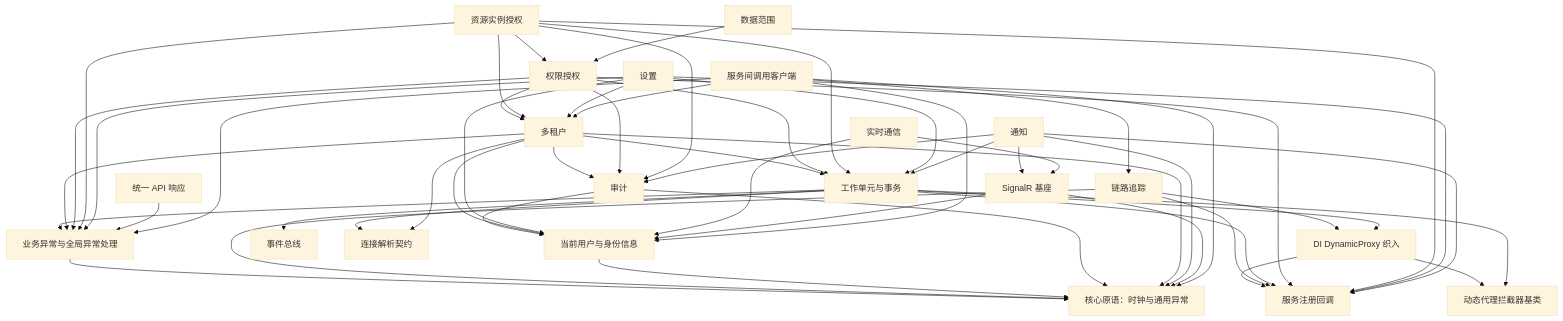
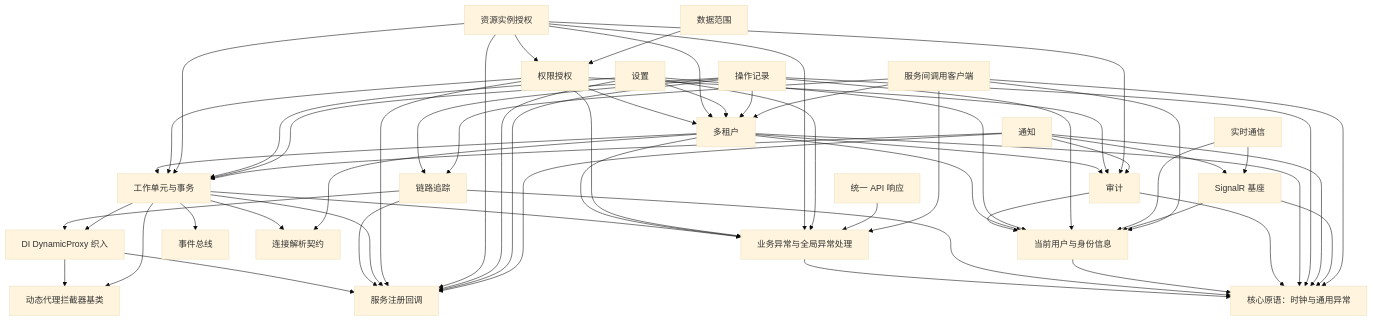
The diagram in framework/docs/components/README.md (zengqinglei/leistd-net), drawn with Mermaid (base theme) before and after one commit. The commit also changed other lines of this file and 292 other files, not shown here.

````diff
--- a/framework/docs/components/README.md
+++ b/framework/docs/components/README.md
@@ -40,60 +41,66 @@
 ```mermaid
 graph TD
     dependency-injection-dynamic-proxy[DI DynamicProxy 织入] --> dependency-injection[服务注册回调]
     dependency-injection-dynamic-proxy --> aop[动态代理拦截器基类]
 
     exception[业务异常与全局异常处理] --> core[核心原语：时钟与通用异常]
     tracing[链路追踪] --> core
     tracing --> dependency-injection
     tracing --> dependency-injection-dynamic-proxy
 
     unit-of-work[工作单元与事务] --> aop
     unit-of-work --> dependency-injection
     unit-of-work --> dependency-injection-dynamic-proxy
     unit-of-work --> event-bus[事件总线]
     unit-of-work --> exception
     unit-of-work --> data[连接解析契约]
 
     security[当前用户与身份信息] --> core
     auditing[审计] --> core
     auditing --> security
     multiTenancy[多租户] --> core
     multiTenancy --> exception
     multiTenancy --> auditing
     multiTenancy --> security
     multiTenancy --> unit-of-work
     multiTenancy --> data
     authorization[权限授权] --> auditing
     authorization --> dependency-injection
     authorization --> exception
     authorization --> multiTenancy
     authorization --> unit-of-work
     authorizationResource[资源实例授权] --> authorization
     authorizationResource --> auditing
     authorizationResource --> dependency-injection
     authorizationResource --> exception
     authorizationResource --> multiTenancy
     authorizationResource --> unit-of-work
     authorizationDataScope[数据范围] --> authorization
     settings[设置] --> dependency-injection
     settings --> exception
     settings --> security
     settings --> multiTenancy
     settings --> unit-of-work
+    operationRecords[操作记录] --> core
+    operationRecords --> security
+    operationRecords --> multiTenancy
+    operationRecords --> unit-of-work
+    operationRecords --> tracing
+    operationRecords --> dependency-injection
     notifications[通知] --> core
     notifications --> auditing
     notifications --> dependency-injection
     notifications --> unit-of-work
     notifications --> signalr[SignalR 基座]
     realtime[实时通信] --> security
     realtime --> signalr
     signalr --> core
     signalr --> security
     response[统一 API 响应] --> exception
 
     serviceClient[服务间调用客户端] --> core
     serviceClient --> security
     serviceClient --> tracing
     serviceClient --> exception
     serviceClient --> multiTenancy
 ```
````
